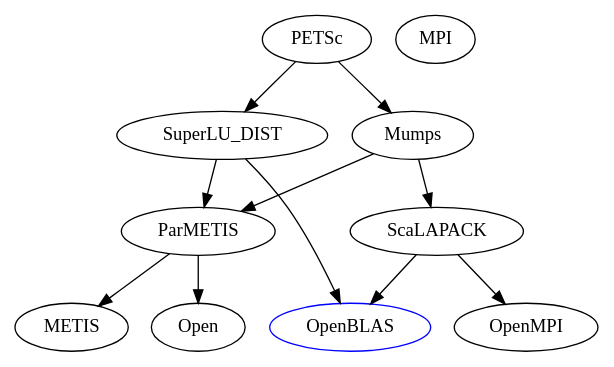
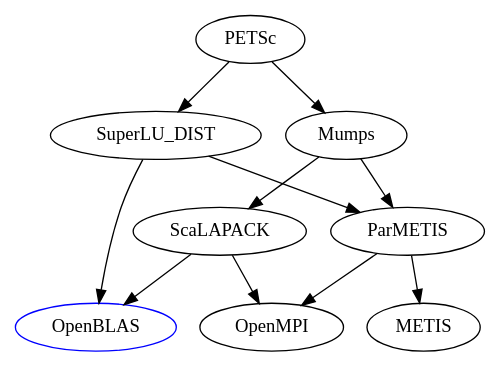
One commit to sed-pro-inria/conda-recipes changed the first of 2 diagrams in doc/package-listing.rst. Above: the diagram before and after it, drawn with Graphviz.

Commit message:
Fix whitespace

```diff
--- a/doc/package-listing.rst
+++ b/doc/package-listing.rst
@@ -63,14 +63,14 @@
 .. digraph:: petsc
 
     PETSc -> Mumps
     PETSc -> SuperLU_DIST
     Mumps -> ScaLAPACK
     Mumps -> ParMETIS
     ScaLAPACK -> OpenBLAS
     ScaLAPACK -> OpenMPI
     SuperLU_DIST -> OpenBLAS
     SuperLU_DIST -> ParMETIS
     ParMETIS -> METIS
-    ParMETIS -> Open MPI
+    ParMETIS -> OpenMPI
 
     OpenBLAS [color=blue]
```
